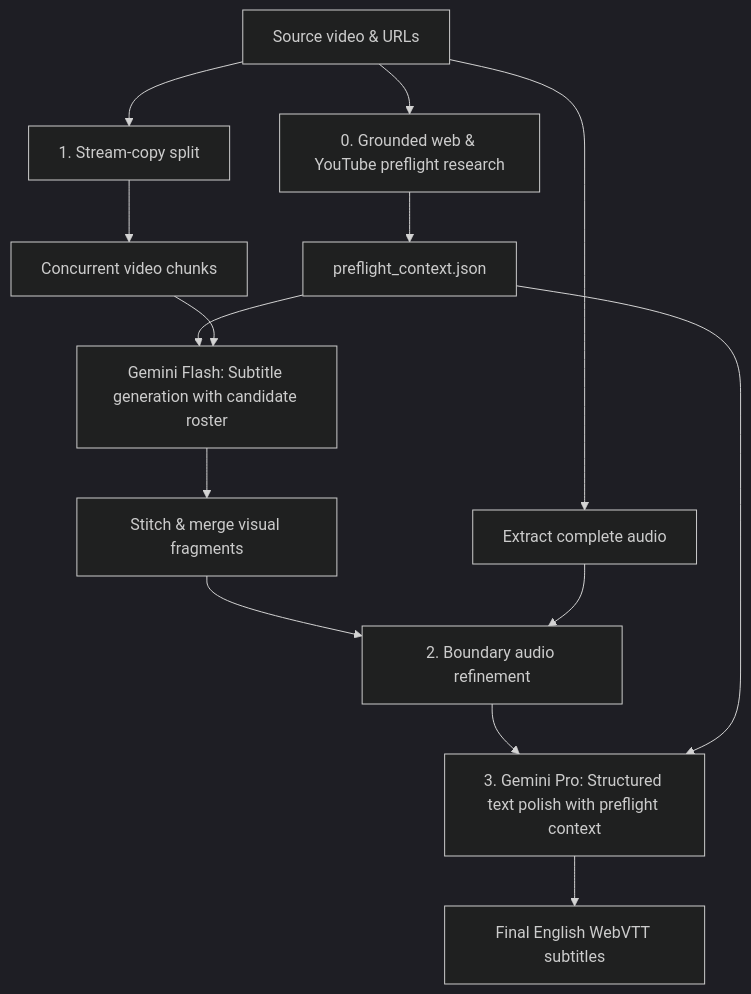
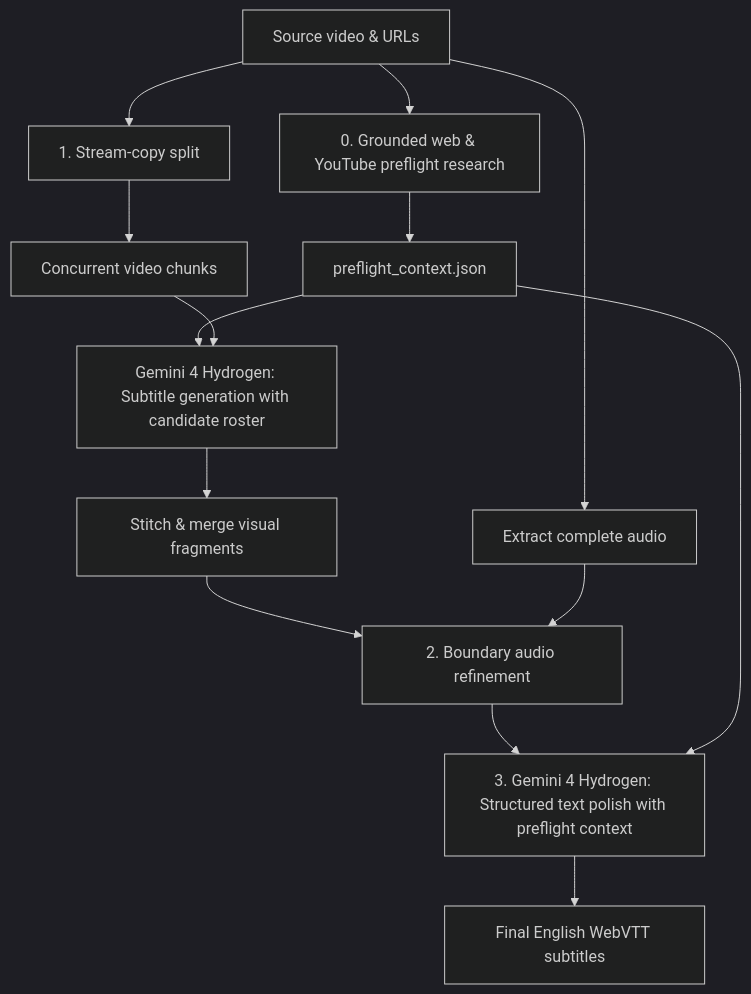
Before and after one commit to gotenksIN/video-subtitler: the diagram in README.md, drawn with Mermaid (dark theme). The commit also changed other lines of this file and 3 other files, not shown here.

First line of the commit message:
config: Use Gemini 4 Hydrogen by default

````diff
--- a/README.md
+++ b/README.md
@@ -12,20 +12,20 @@
 ```mermaid
 flowchart TD
     Video[Source video & URLs] --> Research[0. Grounded web & YouTube preflight research]
     Video --> Audio[Extract complete audio]
 
     Research --> Context[preflight_context.json]
     Video --> Split[1. Stream-copy split]
 
     Split --> Chunks[Concurrent video chunks]
     Context --> FlashGen
-    Chunks --> FlashGen[Gemini Flash: Subtitle generation with candidate roster]
+    Chunks --> FlashGen[Gemini 4 Hydrogen: Subtitle generation with candidate roster]
     FlashGen --> Stitch[Stitch & merge visual fragments]
 
     Stitch --> AudioPass[2. Boundary audio refinement]
     Audio --> AudioPass
 
-    AudioPass --> ProRefine[3. Gemini Pro: Structured text polish with preflight context]
+    AudioPass --> ProRefine[3. Gemini 4 Hydrogen: Structured text polish with preflight context]
     Context --> ProRefine
     ProRefine --> Output[Final English WebVTT subtitles]
 ```
````
